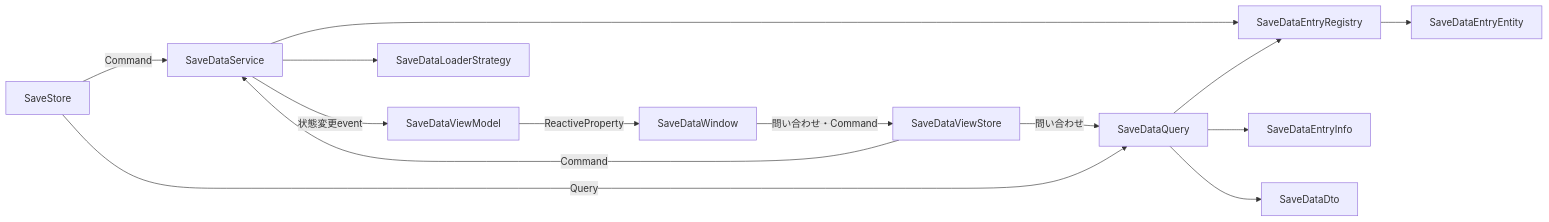
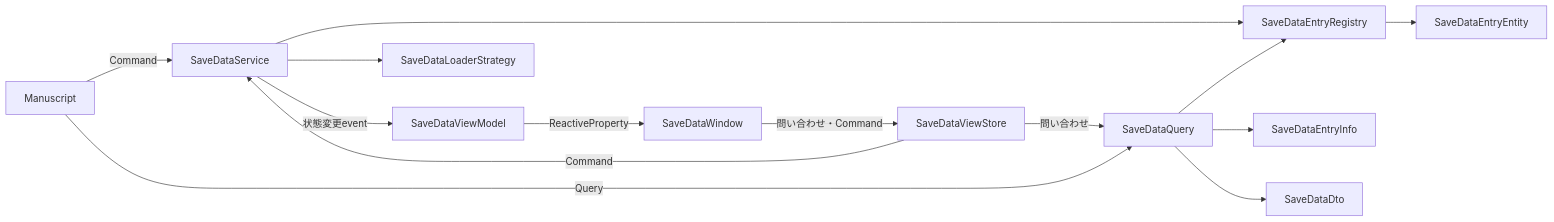
Before and after one commit to HIBIKI5201/SymphonyWorkspace: the seventh of 9 diagrams in Documentation/ModuleInternals.md, drawn with Mermaid. The commit also changed other lines of this file and 5 other files, not shown here.

````diff
--- a/Documentation/ModuleInternals.md
+++ b/Documentation/ModuleInternals.md
@@ -243,16 +244,16 @@
 ```mermaid
 flowchart LR
-    Facade["SaveStore"] -->|Command| Service["SaveDataService"]
+    Facade["Manuscript"] -->|Command| Service["SaveDataService"]
     Service --> Registry["SaveDataEntryRegistry"]
     Registry --> Entity["SaveDataEntryEntity"]
     Facade -->|Query| Query["SaveDataQuery"]
     Query --> Registry
     Query --> Info["SaveDataEntryInfo"]
     Query --> Dto["SaveDataDto"]
     Service --> Loader["SaveDataLoaderStrategy"]
     Service -->|状態変更event| ViewModel["SaveDataViewModel"]
     ViewModel -->|ReactiveProperty| Window["SaveDataWindow"]
     Window -->|問い合わせ・Command| ViewStore["SaveDataViewStore"]
     ViewStore -->|問い合わせ| Query
     ViewStore -->|Command| Service
 ```
````
